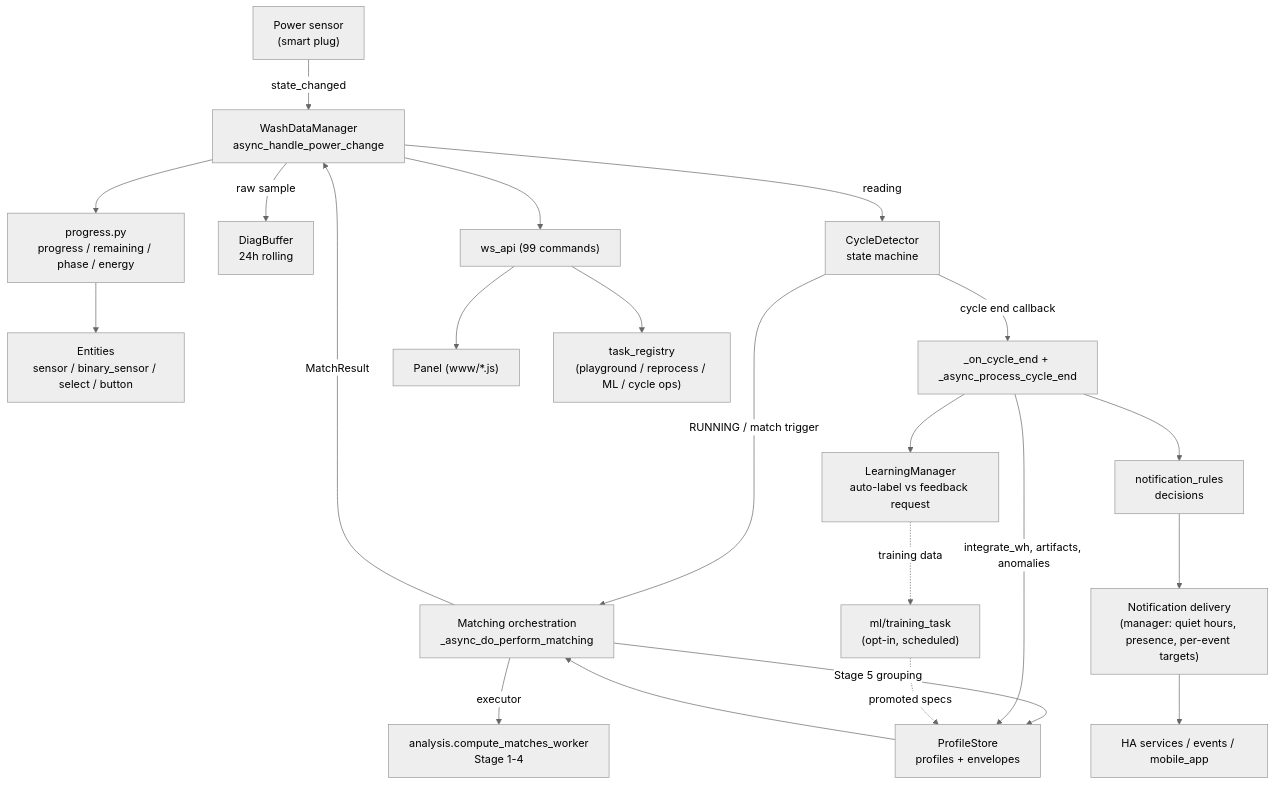
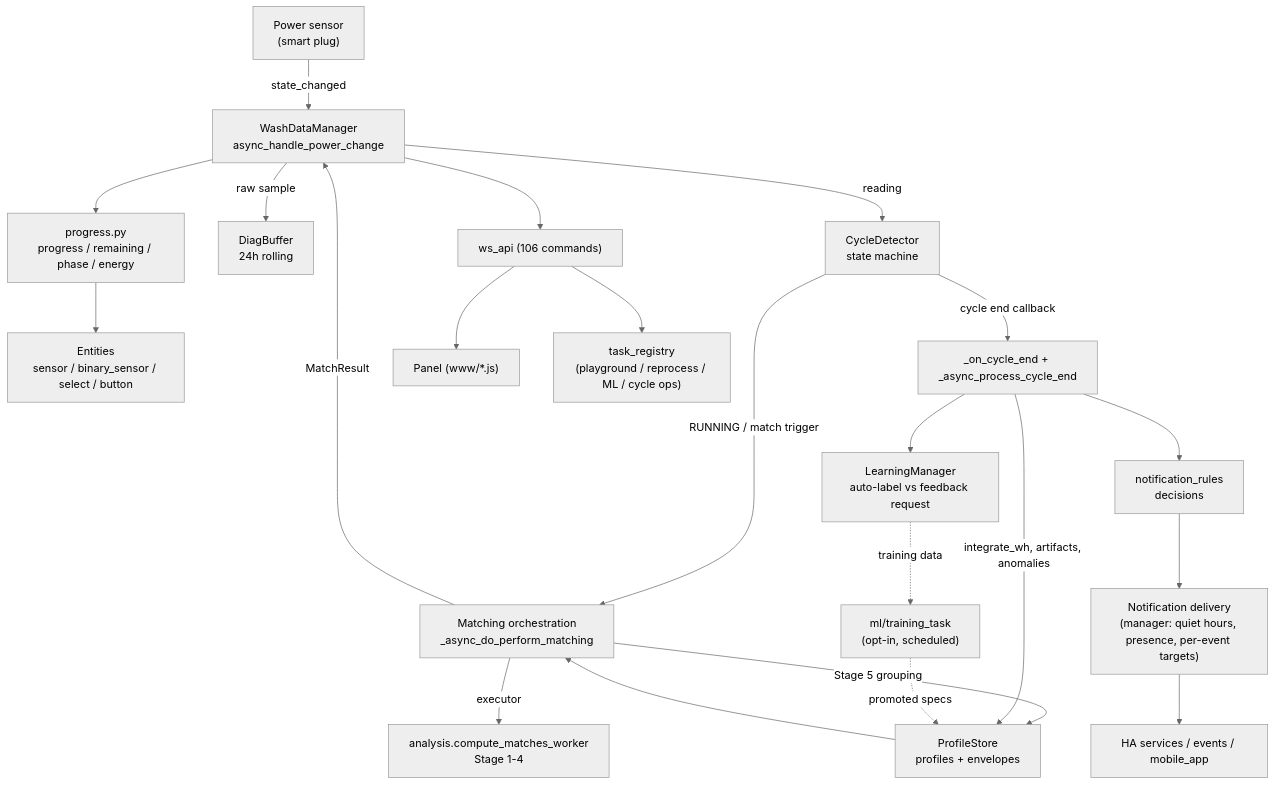
One commit to 3dg1luk43/ha_washdata changed the diagram in docs/internal/INTEGRATION_REFERENCE.md. Above: the diagram before and after it, drawn with Mermaid (neutral theme). The commit also changed other lines of this file and 3 other files, not shown here.

````diff
--- a/docs/internal/INTEGRATION_REFERENCE.md
+++ b/docs/internal/INTEGRATION_REFERENCE.md
@@ -79,24 +79,24 @@
 ```mermaid
 flowchart TD
     PS["Power sensor<br/>(smart plug)"] -->|state_changed| M["WashDataManager<br/>async_handle_power_change"]
     M -->|reading| CD["CycleDetector<br/>state machine"]
     M -->|raw sample| DB["DiagBuffer<br/>24h rolling"]
     CD -->|RUNNING / match trigger| MO["Matching orchestration<br/>_async_do_perform_matching"]
     MO -->|executor| AN["analysis.compute_matches_worker<br/>Stage 1-4"]
     PST["ProfileStore<br/>profiles + envelopes"] --> MO
     MO -->|Stage 5 grouping| PST
     MO -->|MatchResult| M
     M --> PR["progress.py<br/>progress / remaining / phase / energy"]
     PR --> ENT["Entities<br/>sensor / binary_sensor / select / button"]
     CD -->|cycle end callback| CE["_on_cycle_end + _async_process_cycle_end"]
     CE -->|integrate_wh, artifacts, anomalies| PST
     CE --> LM["LearningManager<br/>auto-label vs feedback request"]
     CE --> NR["notification_rules<br/>decisions"]
     NR --> ND["Notification delivery<br/>(manager: quiet hours, presence, per-event targets)"]
     ND --> HA["HA services / events / mobile_app"]
-    M --> WS["ws_api (99 commands)"]
+    M --> WS["ws_api (106 commands)"]
     WS --> PANEL["Panel (www/*.js)"]
     WS --> TR["task_registry<br/>(playground / reprocess / ML / cycle ops)"]
     LM -.training data.-> MLT["ml/training_task<br/>(opt-in, scheduled)"]
     MLT -.promoted specs.-> PST
 ```
````
